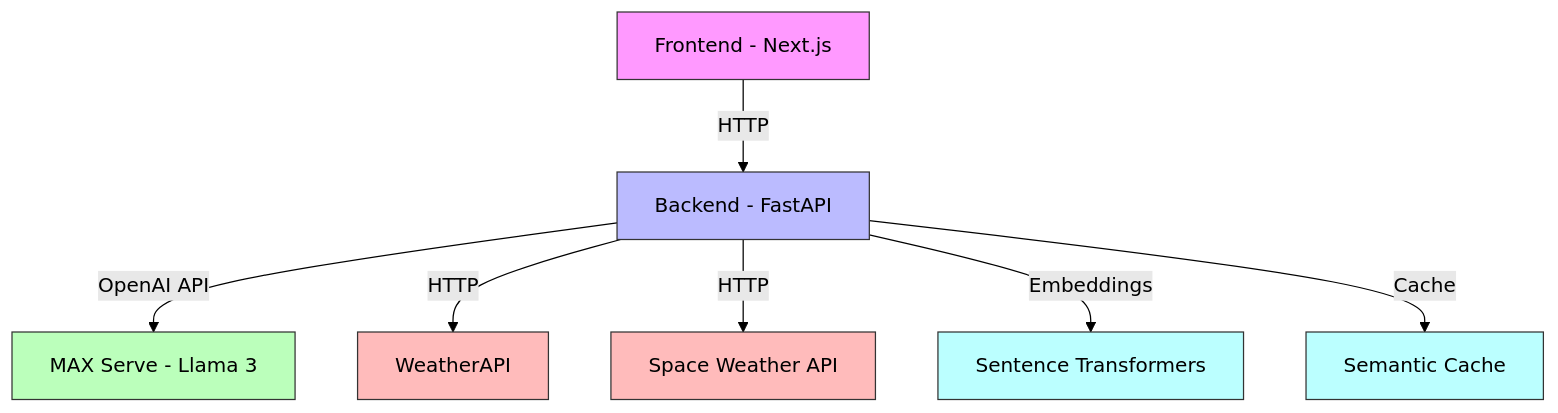
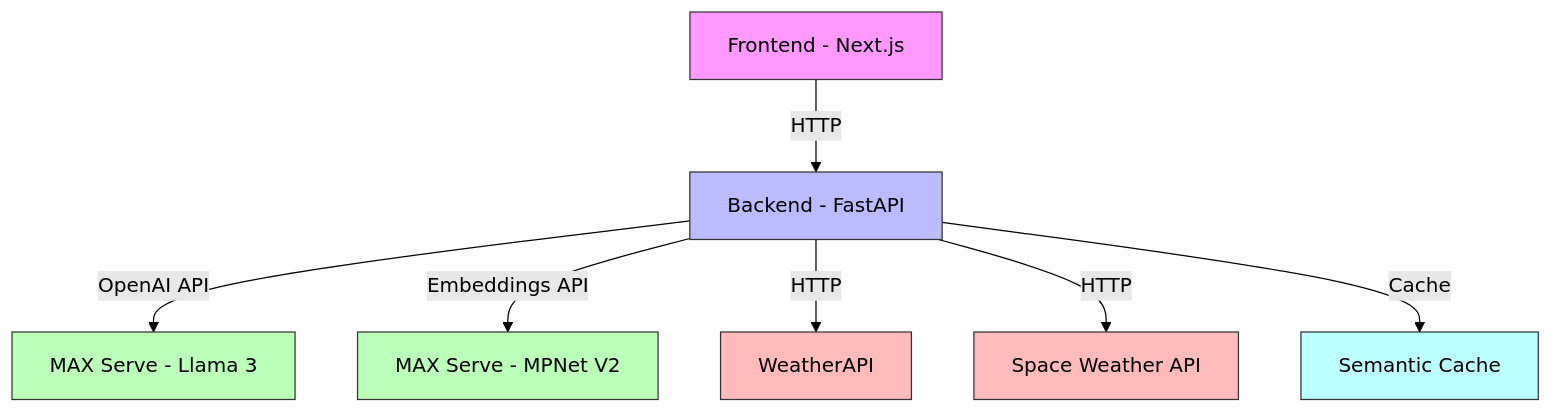
One commit to modular/max-agentic-cookbook changed the first of 2 diagrams in ai-weather-agent/README.md. Above: the diagram before and after it, drawn with Mermaid (forest theme). The commit also changed other lines of this file and 7 other files, not shown here.

````diff
--- a/ai-weather-agent/README.md
+++ b/ai-weather-agent/README.md
@@ -85,17 +90,17 @@
 ```mermaid
 graph TD
     A[Frontend - Next.js] -->|HTTP| B[Backend - FastAPI]
-    B -->|OpenAI API| C[MAX Serve - Llama 3]
+    B -->|OpenAI API| C1[MAX Serve - Llama 3]
+    B -->|Embeddings API| C2[MAX Serve - MPNet V2]
     B -->|HTTP| D[WeatherAPI]
     B -->|HTTP| F[Space Weather API]
-    B -->|Embeddings| E[Sentence Transformers]
     B -->|Cache| G[Semantic Cache]
 
     style A fill:#f9f,stroke:#333
     style B fill:#bbf,stroke:#333
-    style C fill:#bfb,stroke:#333
+    style C1 fill:#bfb,stroke:#333
+    style C2 fill:#bfb,stroke:#333
     style D fill:#fbb,stroke:#333
-    style E fill:#bff,stroke:#333
     style F fill:#fbb,stroke:#333
     style G fill:#bff,stroke:#333
 ```
````
